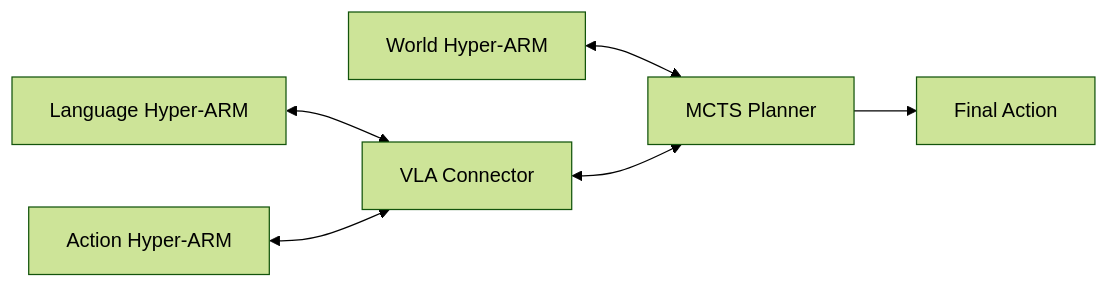
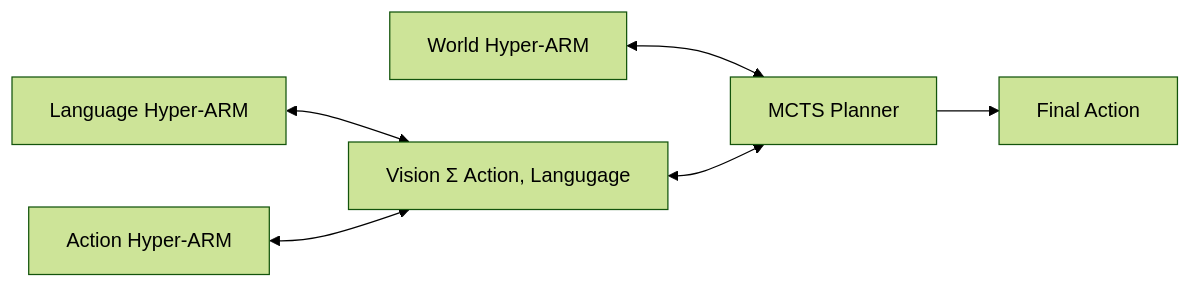
The diagram in README.md (streamlineddesigns/Hyper-ARM-Hypernetwork-Associative-Recall-Memory), drawn with Mermaid (forest theme) before and after one commit.

Commit message:
updating Vwala diagram

````diff
--- a/README.md
+++ b/README.md
@@ -44,12 +44,12 @@
 ```mermaid
 flowchart LR
     World["World Hyper-ARM"]
     Action["Action Hyper-ARM"]
     Language["Language Hyper-ARM"]
-    Σ["VLA Weighted Sum"]
-    Language <--> Σ["VLA Connector"]
-    Action <--> Σ
+    VLA["VLA Hyper-ARM"]
+    Language <--> VLA["Vision Σ Action, Langugage"]
+    Action <--> VLA
     World <--> MCTS["MCTS Planner"]
-    Σ <--> MCTS
+    VLA <--> MCTS
     MCTS --> Output["Final Action"]
 ```
````
